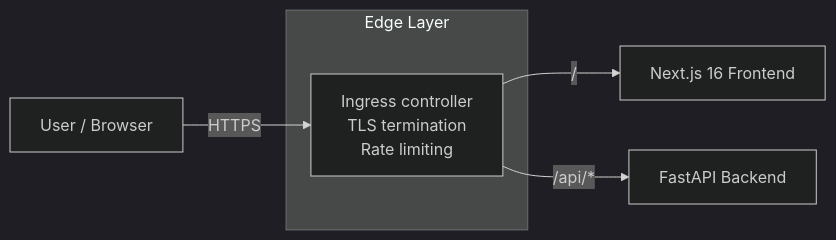
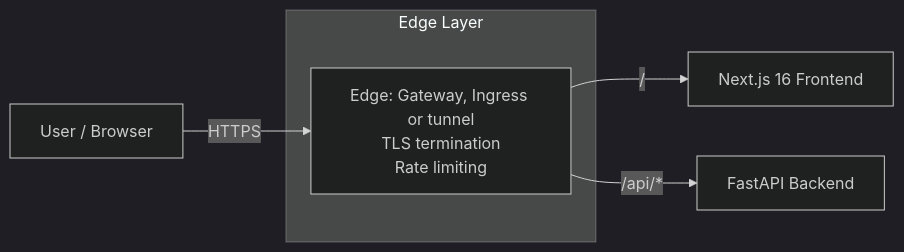
Before and after one commit to berserkhmdvhb/fullstack_template: the first of 2 diagrams in README.md, drawn with Mermaid (dark theme). The commit also changed other lines of this file and 13 other files, not shown here.

First line of the commit message:
docs: the edge modes, the NetworkPolicy per mode, GKE policies and TLS; drop the nginx annotations

````diff
--- a/README.md
+++ b/README.md
@@ -156,15 +156,15 @@
 ```mermaid
 flowchart LR
   Client[User / Browser]
 
   subgraph Edge["Edge Layer"]
-    Ingress["Ingress controller<br/>TLS termination<br/>Rate limiting"]
+    Ingress["Edge: Gateway, Ingress or tunnel<br/>TLS termination<br/>Rate limiting"]
   end
 
   FE["Next.js 16 Frontend"]
   BE["FastAPI Backend"]
 
   Client -->|"HTTPS"| Ingress
   Ingress -->|"/"| FE
   Ingress -->|"/api/*"| BE
 ```
````
